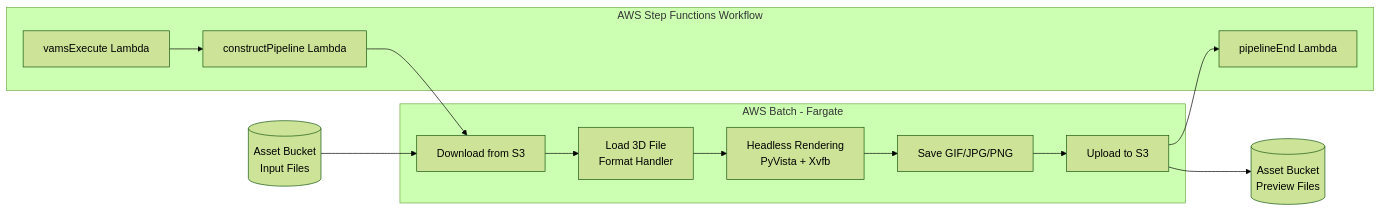
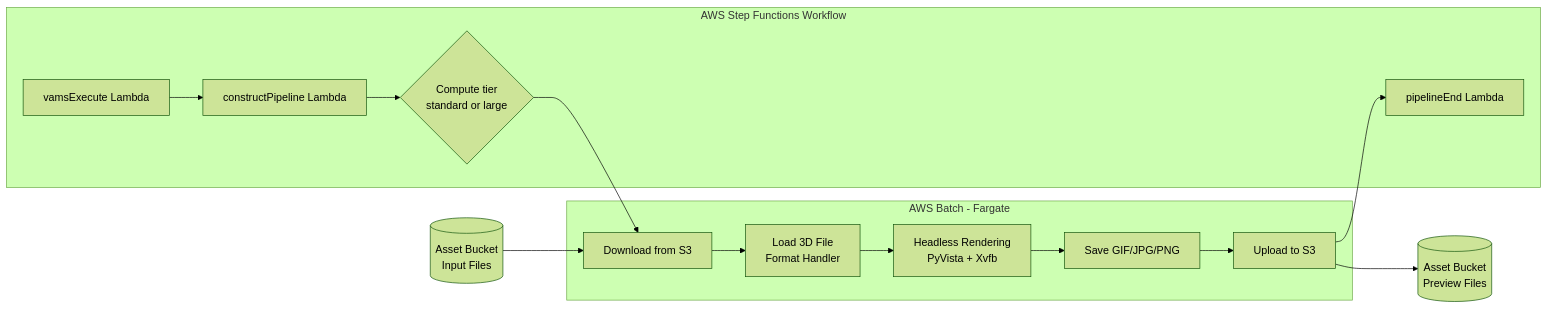
The diagram in documentation/docusaurus-site/docs/pipelines/3d-thumbnail.md (awslabs/visual-asset-management-system), drawn with Mermaid (forest theme) before and after one commit. The commit also changed other lines of this file and 5 other files, not shown here.

````diff
--- a/documentation/docusaurus-site/docs/pipelines/3d-thumbnail.md
+++ b/documentation/docusaurus-site/docs/pipelines/3d-thumbnail.md
@@ -48,29 +48,31 @@
 ```mermaid
 flowchart LR
     subgraph Workflow["AWS Step Functions Workflow"]
         VE[vamsExecute Lambda]
         CP[constructPipeline Lambda]
+        CT{Compute tier<br/>standard or large}
         PE[pipelineEnd Lambda]
     end
 
     subgraph Batch["AWS Batch - Fargate"]
         DL[Download from S3]
         Load[Load 3D File<br/>Format Handler]
         Render[Headless Rendering<br/>PyVista + Xvfb]
         Save[Save GIF/JPG/PNG]
         UL[Upload to S3]
     end
 
     S3In[(Asset Bucket<br/>Input Files)]
     S3Out[(Asset Bucket<br/>Preview Files)]
 
     VE --> CP
-    CP --> DL
+    CP --> CT
+    CT --> DL
     S3In --> DL
     DL --> Load
     Load --> Render
     Render --> Save
     Save --> UL
     UL --> S3Out
     UL --> PE
 ```
````
